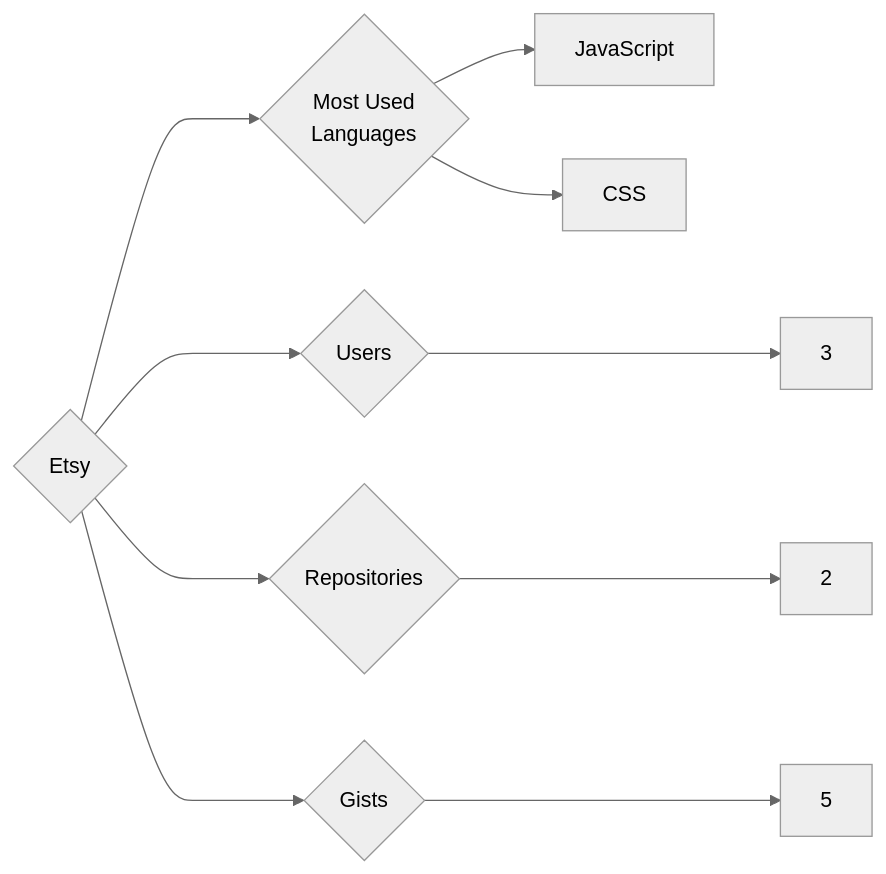
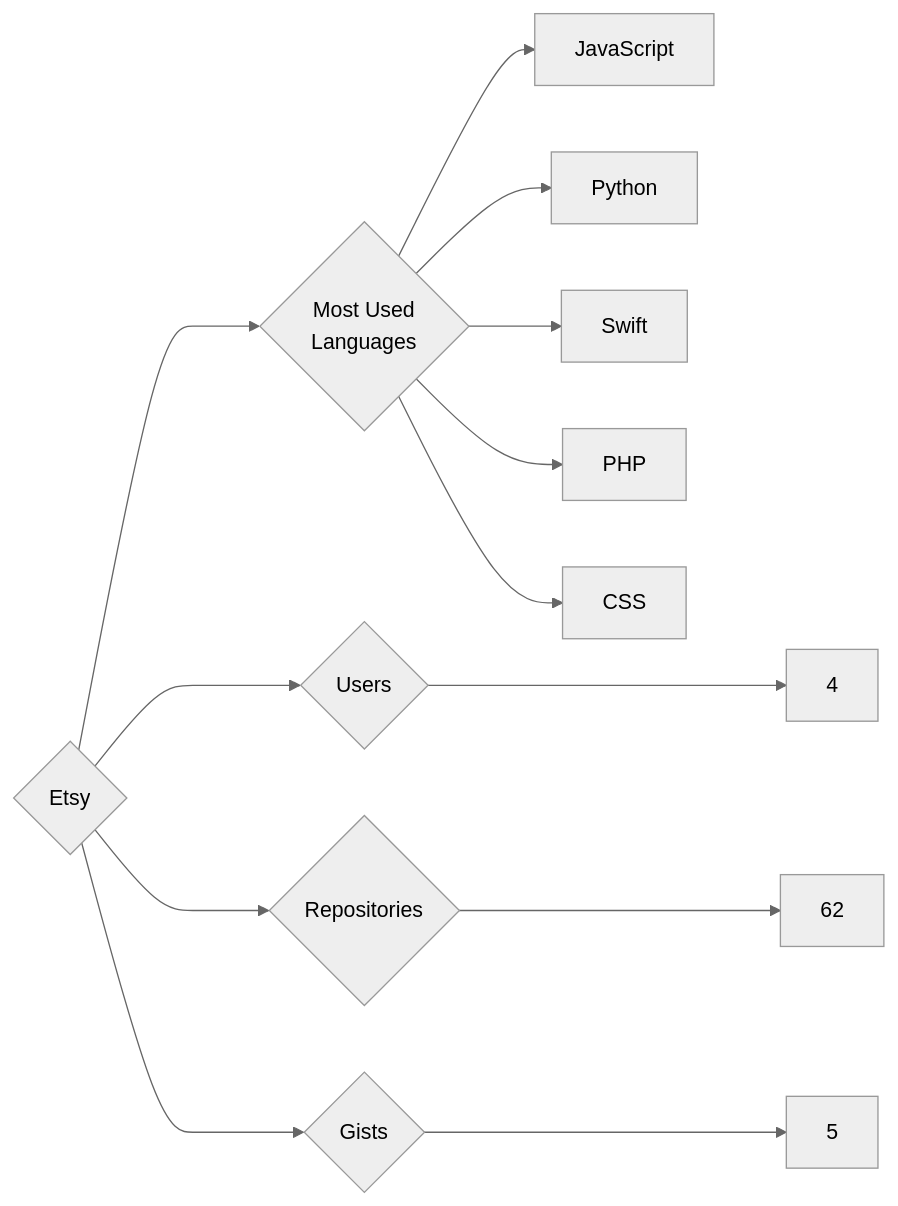
One commit to trickest/insiders changed the diagram in targets/Etsy/README.md. Above: the diagram before and after it, drawn with Mermaid (neutral theme). The commit also changed 1212 other files, not shown here.

````diff
--- a/targets/Etsy/README.md
+++ b/targets/Etsy/README.md
@@ -3,10 +3,13 @@
 ```mermaid
 graph LR
 COMPANY_NAME{Etsy}
-COMPANY_NAME ---> U{Users} ---> UN[3]
-COMPANY_NAME ---> R{Repositories} ---> RN[2]
+COMPANY_NAME ---> U{Users} ---> UN[4]
+COMPANY_NAME ---> R{Repositories} ---> RN[62]
 COMPANY_NAME ---> G{Gists} ---> GN[5]
 COMPANY_NAME ---> ML{Most Used<br>Languages}
 ML --> JavaScript[JavaScript]
+ML --> Python[Python]
+ML --> Swift[Swift]
+ML --> PHP[PHP]
 ML --> CSS[CSS]
 ```
````
